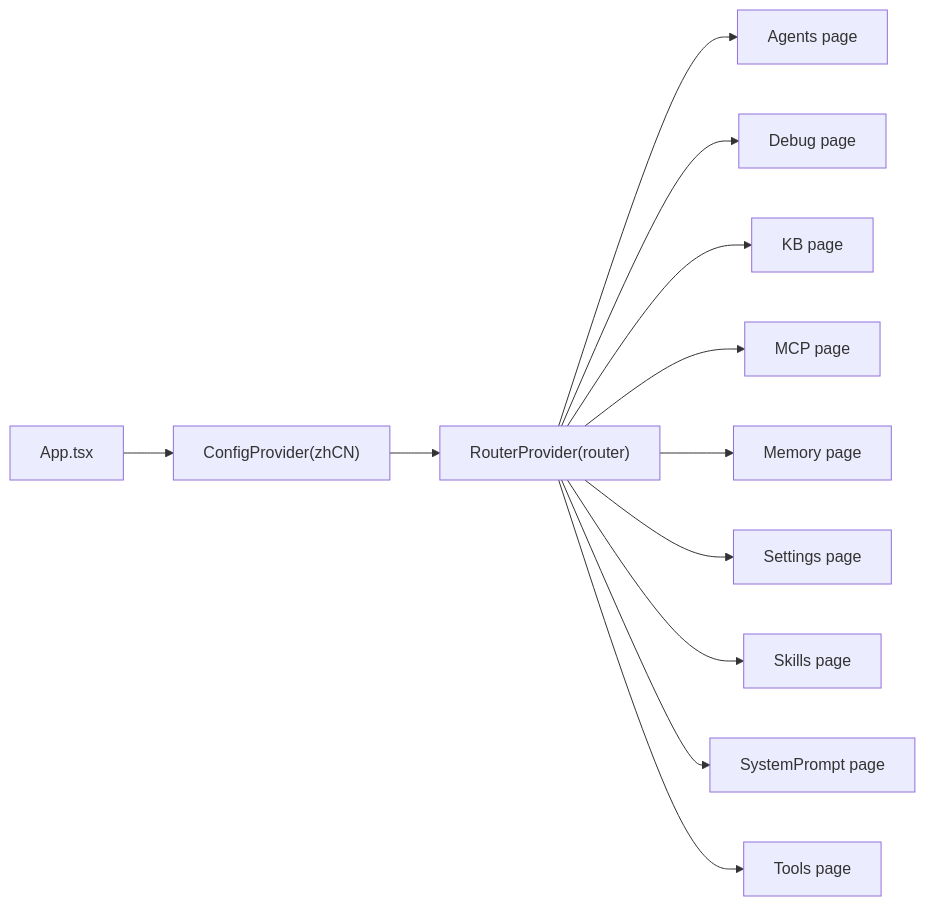
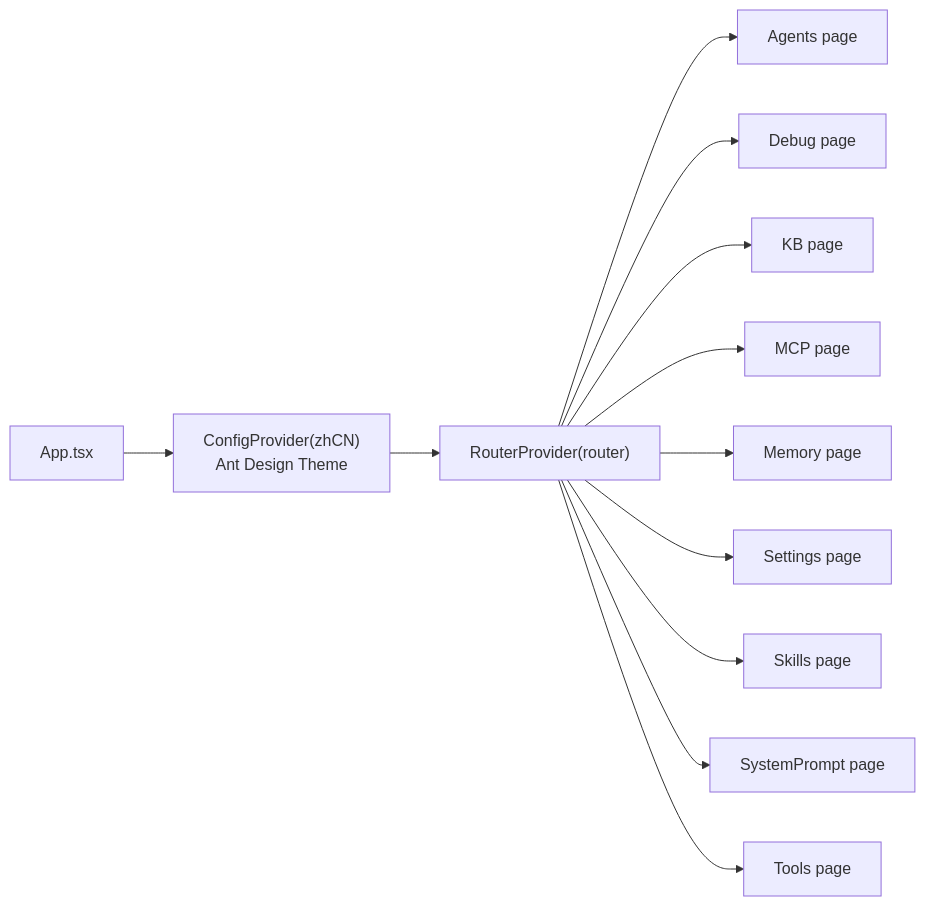
The sixth of 8 diagrams in .qoder/repowiki/en/content/Frontend Architecture/Frontend Architecture.md (alibaba/tron-one-agent), drawn with Mermaid before and after one commit. The commit also changed other lines of this file and 6 other files, not shown here.

````diff
--- a/.qoder/repowiki/en/content/Frontend Architecture/Frontend Architecture.md
+++ b/.qoder/repowiki/en/content/Frontend Architecture/Frontend Architecture.md
@@ -263,14 +360,14 @@
 ```mermaid
 graph LR
-A_App["App.tsx"] --> A_Config["ConfigProvider(zhCN)"]
+A_App["App.tsx"] --> A_Config["ConfigProvider(zhCN)<br/>Ant Design Theme"]
 A_Config --> A_Router["RouterProvider(router)"]
 A_Router --> P_Agents["Agents page"]
 A_Router --> P_Debug["Debug page"]
 A_Router --> P_KB["KB page"]
 A_Router --> P_MCP["MCP page"]
 A_Router --> P_Memory["Memory page"]
 A_Router --> P_Settings["Settings page"]
 A_Router --> P_Skills["Skills page"]
 A_Router --> P_SystemPrompt["SystemPrompt page"]
 A_Router --> P_Tools["Tools page"]
 ```
````
